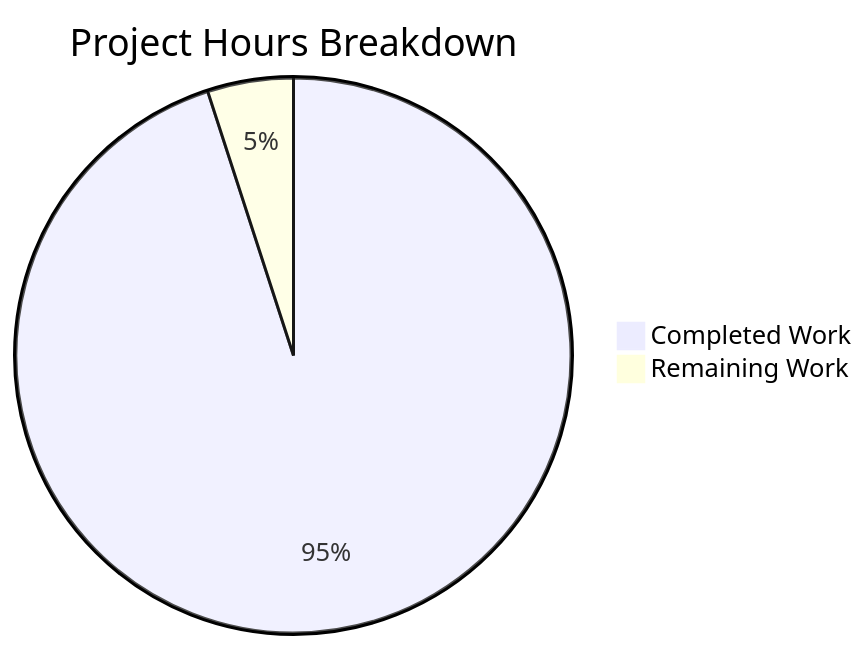
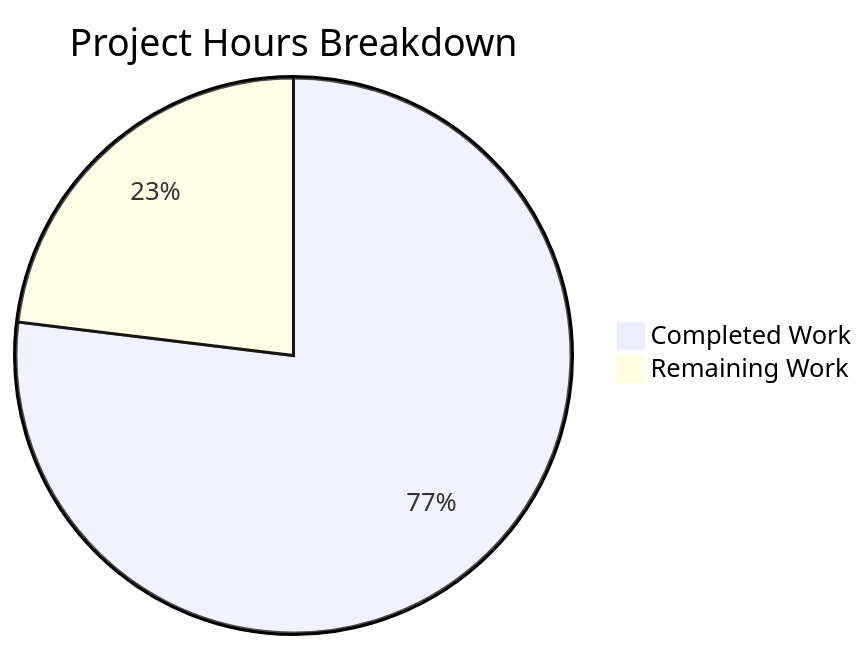
Before and after one commit to sudhanshu-spec/test-spec: the first of 2 diagrams in blitzy/documentation/Project Guide.md, drawn with Mermaid. The commit also changed other lines of this file, not shown here.

Commit message:
Adding Blitzy Project Guide: Project Status and Human Tasks Remaining

````diff
--- a/blitzy/documentation/Project Guide.md
+++ b/blitzy/documentation/Project Guide.md
@@ -57,5 +124,5 @@
 ```mermaid
 pie title Project Hours Breakdown
-    "Completed Work" : 38
-    "Remaining Work" : 2
+    "Completed Work" : 40
+    "Remaining Work" : 12
 ```
````
